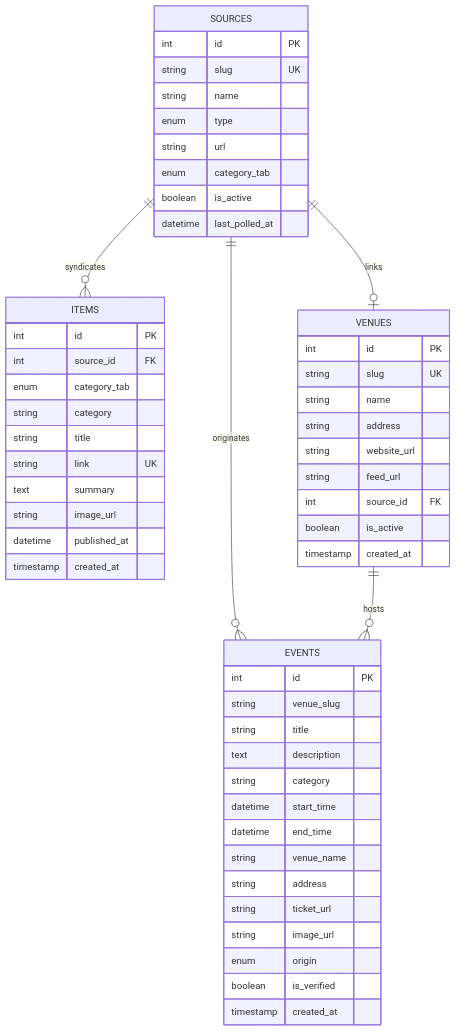
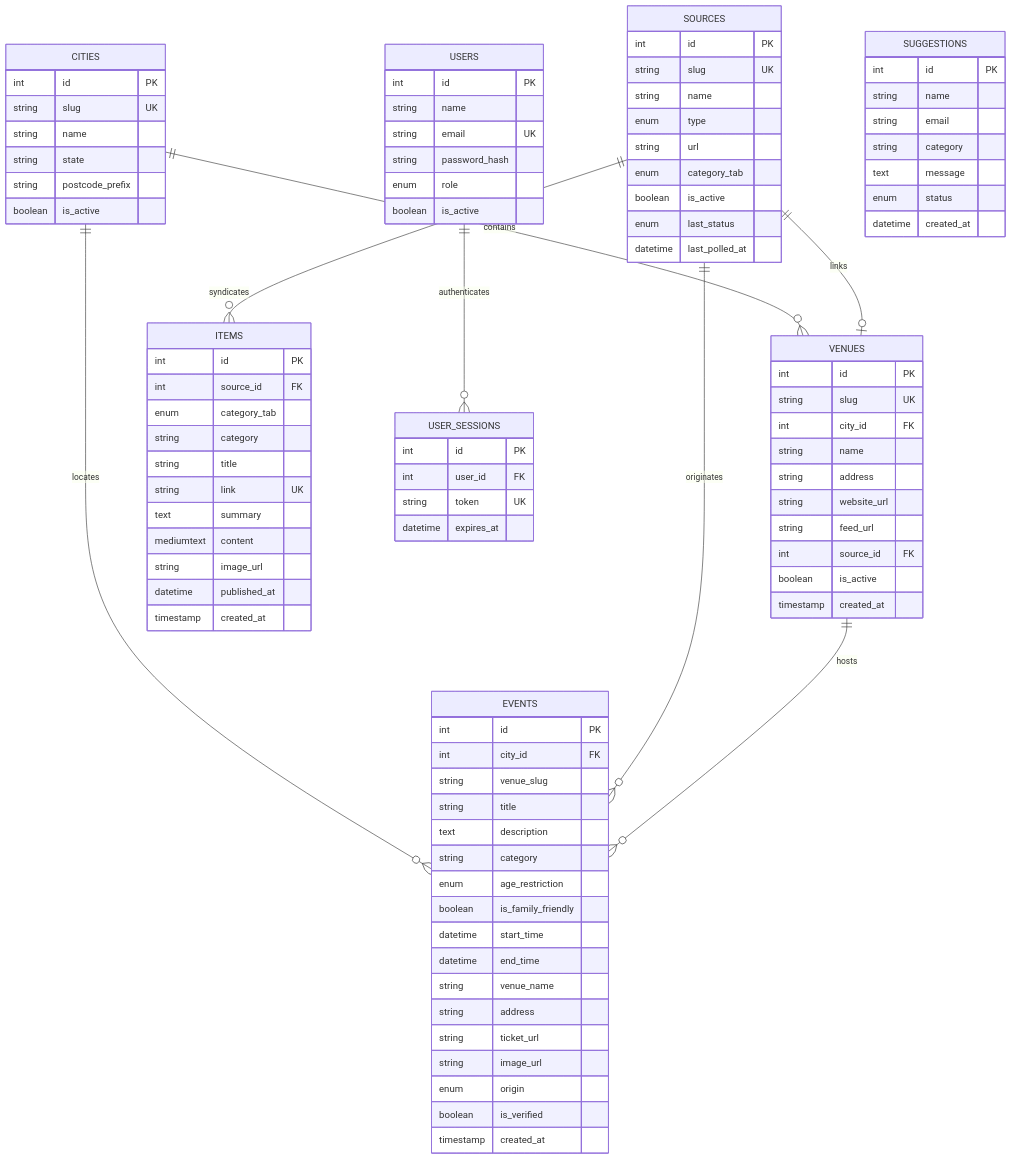
Before and after one commit to claudineipereiras/AgendaWeb: the diagram in Docs/Database_Schema.md, drawn with Mermaid. The commit also changed other lines of this file and 4 other files, not shown here.

Commit message:
docs: update deployment, schema, rules, changelog, and readme for v0.7.1

````diff
--- a/Docs/Database_Schema.md
+++ b/Docs/Database_Schema.md
@@ -9,9 +9,21 @@
 ```mermaid
 erDiagram
+    CITIES ||--o{ VENUES : "contains"
+    CITIES ||--o{ EVENTS : "locates"
     SOURCES ||--o{ ITEMS : "syndicates"
     SOURCES ||--o{ EVENTS : "originates"
     SOURCES ||--o| VENUES : "links"
     VENUES ||--o{ EVENTS : "hosts"
+    USERS ||--o{ USER_SESSIONS : "authenticates"
+
+    CITIES {
+        int id PK
+        string slug UK
+        string name
+        string state
+        string postcode_prefix
+        boolean is_active
+    }
 
     SOURCES {
         int id PK
@@ -21,12 +33,14 @@
         string url
         enum category_tab
         boolean is_active
+        enum last_status
         datetime last_polled_at
     }
 
     VENUES {
         int id PK
         string slug UK
+        int city_id FK
         string name
         string address
         string website_url
@@ -38,10 +52,13 @@
 
     EVENTS {
         int id PK
+        int city_id FK
         string venue_slug
         string title
         text description
         string category
+        enum age_restriction
+        boolean is_family_friendly
         datetime start_time
         datetime end_time
         string venue_name
@@ -61,8 +78,35 @@
         string title
         string link UK
         text summary
+        mediumtext content
         string image_url
         datetime published_at
         timestamp created_at
     }
+
+    SUGGESTIONS {
+        int id PK
+        string name
+        string email
+        string category
+        text message
+        enum status
+        datetime created_at
+    }
+
+    USERS {
+        int id PK
+        string name
+        string email UK
+        string password_hash
+        enum role
+        boolean is_active
+    }
+
+    USER_SESSIONS {
+        int id PK
+        int user_id FK
+        string token UK
+        datetime expires_at
+    }
 ```
````
